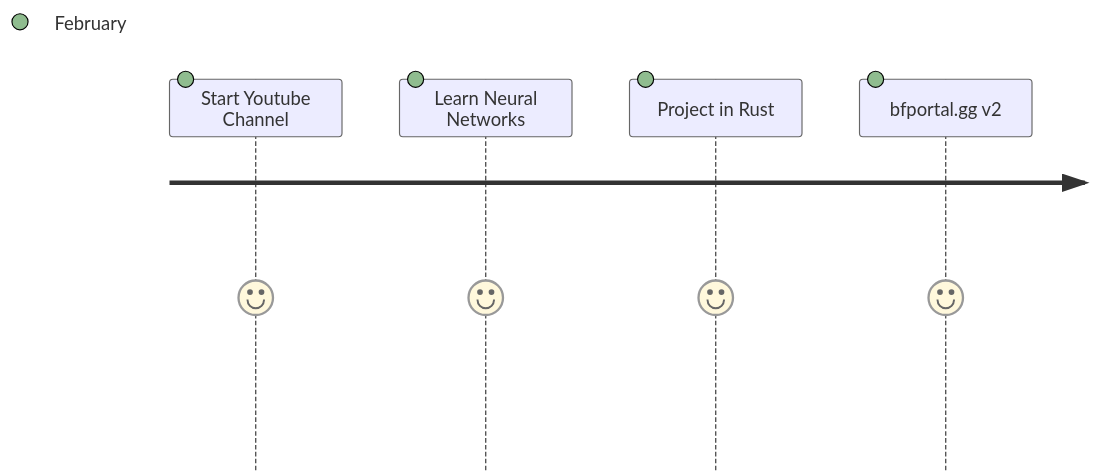
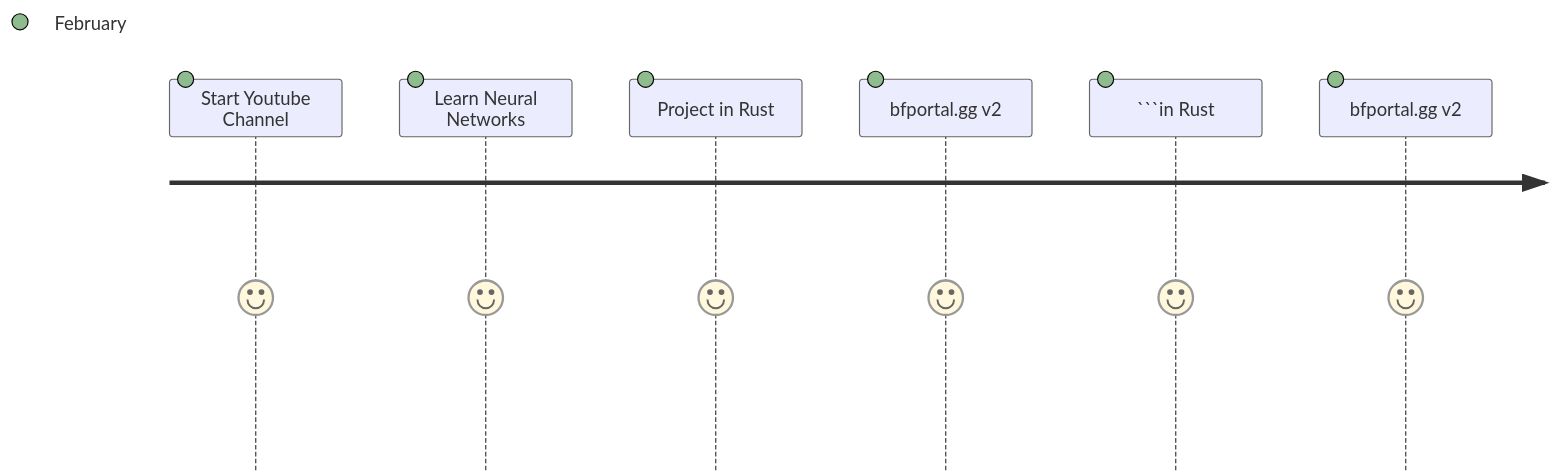
The second of 2 diagrams in README.md (p0lygun/p0lygun), drawn with Mermaid before and after one commit. The commit also changed other lines of this file, not shown here.

````diff
--- a/README.md
+++ b/README.md
@@ -30,7 +30,9 @@
 ```mermaid
 journey
     Start Youtube Channel:5:February
     Learn Neural Networks: 5:February 
     Project in Rust:5:February
     bfportal.gg v2:5:February  
+```in Rust:5:February
+    bfportal.gg v2:5:February  
 ```
````
